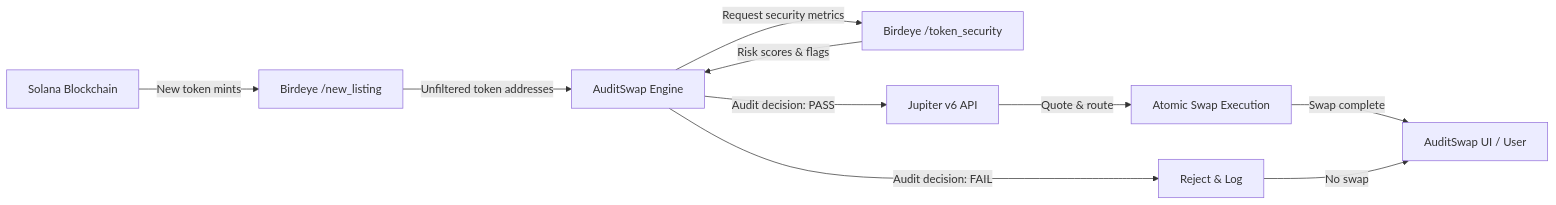
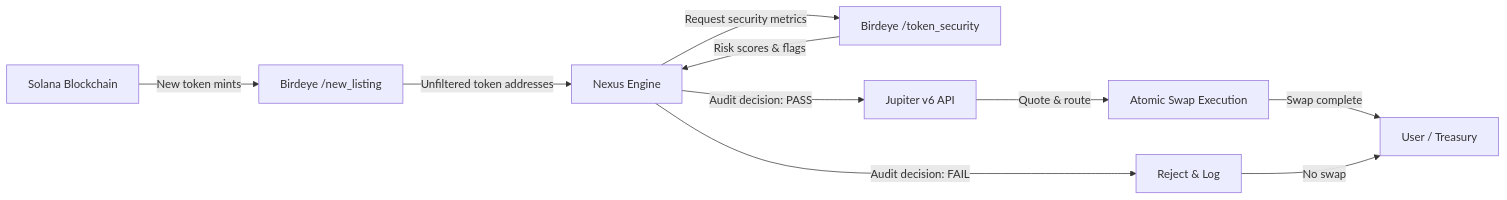
Before and after one commit to jaiswalraj03014/AuditSwap: the first of 3 diagrams in README.md, drawn with Mermaid. The commit also changed other lines of this file, not shown here.

````diff
--- a/README.md
+++ b/README.md
@@ -11,13 +28,13 @@
 ```mermaid
 flowchart LR
     A[Solana Blockchain] -->|New token mints| B[Birdeye /new_listing]
-    B -->|Unfiltered token addresses| C[AuditSwap Engine]
+    B -->|Unfiltered token addresses| C[Nexus Engine]
     C -->|Request security metrics| D[Birdeye /token_security]
     D -->|Risk scores & flags| C
     C -->|Audit decision: PASS| E[Jupiter v6 API]
     E -->|Quote & route| F[Atomic Swap Execution]
-    F -->|Swap complete| G[AuditSwap UI / User]
+    F -->|Swap complete| G[User / Treasury]
     
     C -->|Audit decision: FAIL| H[Reject & Log]
     H -->|No swap| G
 ```
````
